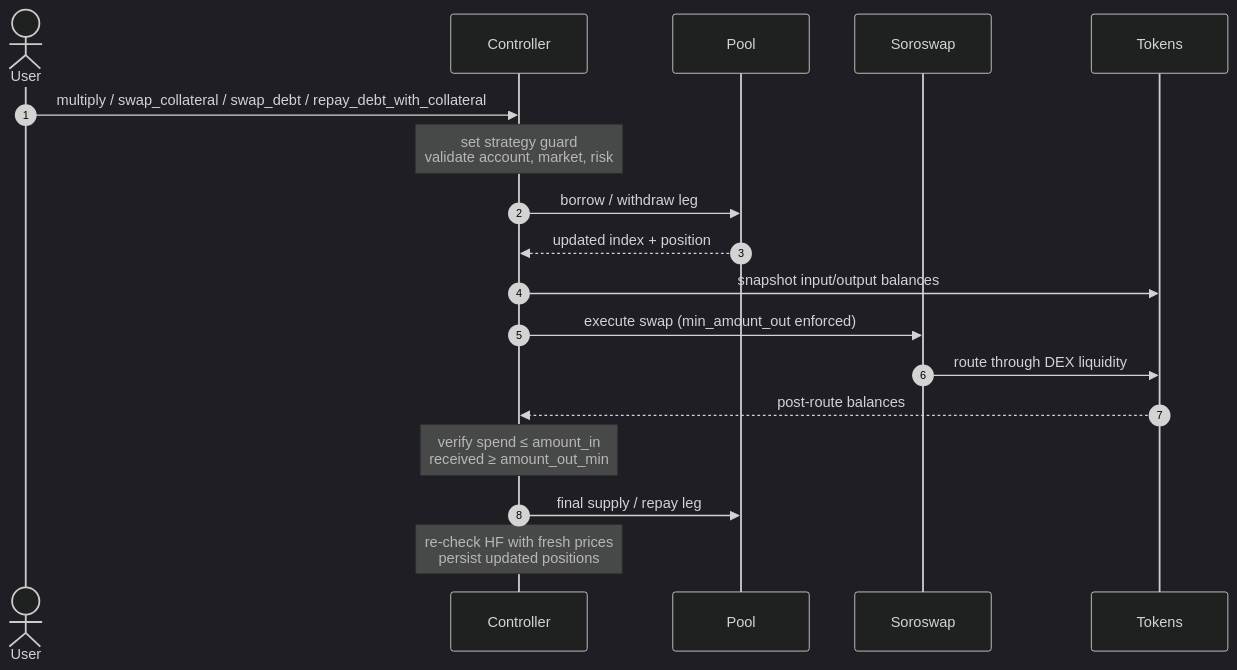
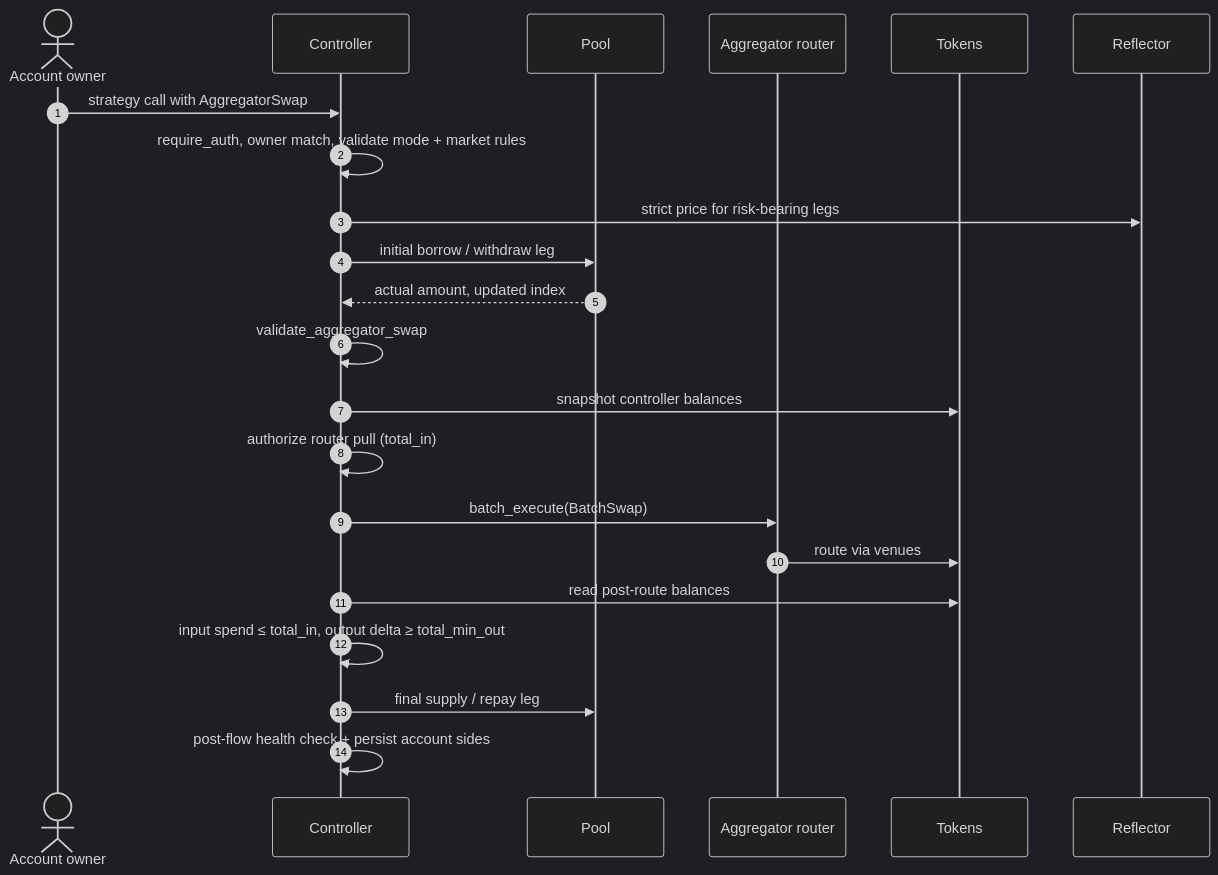
One commit to XOXNO/rs-lending-xlm changed the eighth of 14 diagrams in SCF_BUILD_ARCHITECTURE.md. Above: the diagram before and after it, drawn with Mermaid (dark theme). The commit also changed other lines of this file and 332 other files, not shown here.

````diff
--- a/SCF_BUILD_ARCHITECTURE.md
+++ b/SCF_BUILD_ARCHITECTURE.md
@@ -497,21 +661,25 @@
 ```mermaid
 sequenceDiagram
     autonumber
-    actor U as User
+    actor U as Account owner
     participant C as Controller
     participant P as Pool
-    participant SS as Soroswap
+    participant R as Aggregator router
     participant T as Tokens
+    participant O as Reflector
 
-    U->>C: multiply / swap_collateral / swap_debt / repay_debt_with_collateral
-    Note over C: set strategy guard<br/>validate account, market, risk
-    C->>P: borrow / withdraw leg
-    P-->>C: updated index + position
-    C->>T: snapshot input/output balances
-    C->>SS: execute swap (min_amount_out enforced)
-    SS->>T: route through DEX liquidity
-    T-->>C: post-route balances
-    Note over C: verify spend ≤ amount_in<br/>received ≥ amount_out_min
+    U->>C: strategy call with AggregatorSwap
+    C->>C: require_auth, owner match, validate mode + market rules
+    C->>O: strict price for risk-bearing legs
+    C->>P: initial borrow / withdraw leg
+    P-->>C: actual amount, updated index
+    C->>C: validate_aggregator_swap
+    C->>T: snapshot controller balances
+    C->>C: authorize router pull (total_in)
+    C->>R: batch_execute(BatchSwap)
+    R->>T: route via venues
+    C->>T: read post-route balances
+    C->>C: input spend ≤ total_in, output delta ≥ total_min_out
     C->>P: final supply / repay leg
-    Note over C: re-check HF with fresh prices<br/>persist updated positions
+    C->>C: post-flow health check + persist account sides
 ```
````
